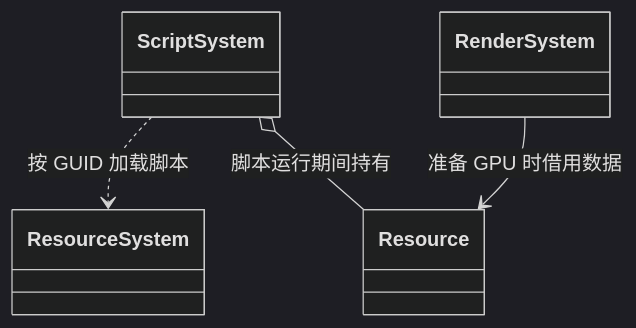
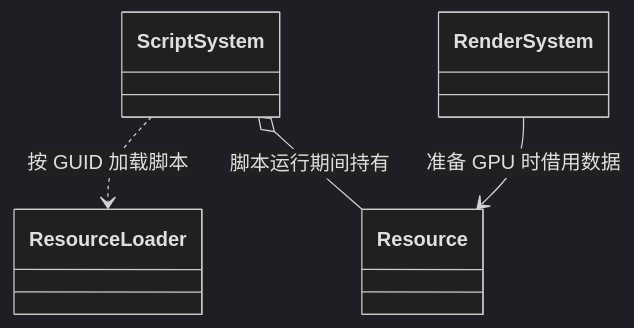
One commit to lcals/Engine changed the fifth of 7 diagrams in docs/runtime/class-diagrams/resource-system.md. Above: the diagram before and after it, drawn with Mermaid (dark theme). The commit also changed other lines of this file and 194 other files, not shown here.

````diff
--- a/docs/runtime/class-diagrams/resource-system.md
+++ b/docs/runtime/class-diagrams/resource-system.md
@@ -94,11 +105,11 @@
 ```mermaid
 classDiagram
     direction TB
     class ScriptSystem
     class RenderSystem
-    class ResourceSystem
+    class ResourceLoader
     class Resource
-    ScriptSystem ..> ResourceSystem : 按 GUID 加载脚本
+    ScriptSystem ..> ResourceLoader : 按 GUID 加载脚本
     ScriptSystem o-- Resource : 脚本运行期间持有
     RenderSystem --> Resource : 准备 GPU 时借用数据
 ```
````
